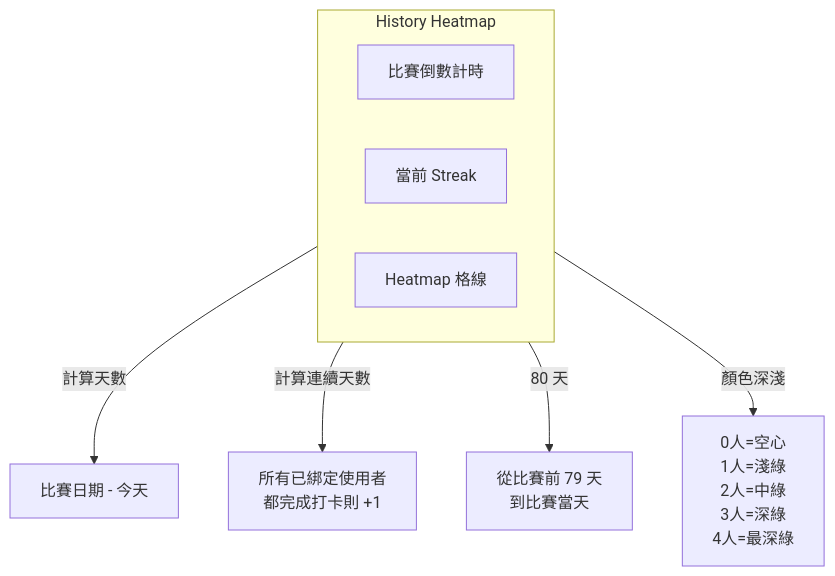
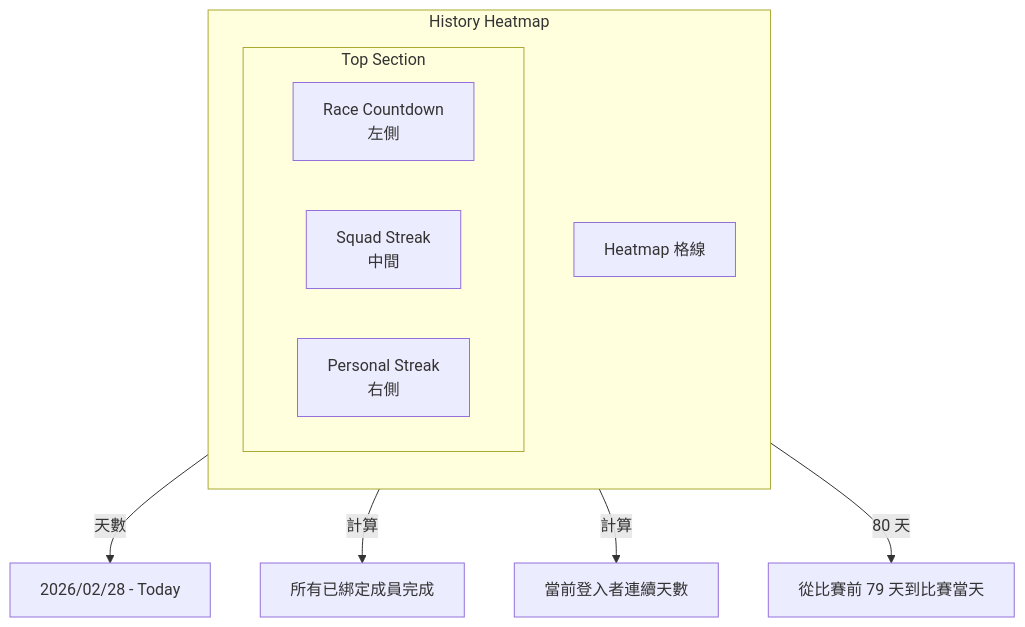
One commit to ddylanlinn/hyrox-squad-4 changed the sixth of 6 diagrams in docs/TECHNICAL_SPEC.md. Above: the diagram before and after it, drawn with Mermaid. The commit also changed other lines of this file and 9 other files, not shown here.

Commit message:
feat: enhance heatmap UI with personal streak and countdown tooltip, and add HEIC/HEIF image upload support.

````diff
--- a/docs/TECHNICAL_SPEC.md
+++ b/docs/TECHNICAL_SPEC.md
@@ -491,14 +491,18 @@
 ```mermaid
 flowchart TB
     subgraph HistoryHeatmap[History Heatmap]
-        direction LR
-        Countdown[比賽倒數計時]
-        Streak[當前 Streak]
+        direction TB
+        subgraph TopRow[Top Section]
+            direction LR
+            Countdown[Race Countdown<br/>左側]
+            SquadStreak[Squad Streak<br/>中間]
+            PersonalStreak[Personal Streak<br/>右側]
+        end
         Grid[Heatmap 格線]
     end
 
-    Countdown -->|計算天數| RaceDay[比賽日期 - 今天]
-    Streak -->|計算連續天數| StreakLogic[所有已綁定使用者<br/>都完成打卡則 +1]
-    Grid -->|80 天| DisplayDays[從比賽前 79 天<br/>到比賽當天]
-    Grid -->|顏色深淺| ColorMap[0人=空心<br/>1人=淺綠<br/>2人=中綠<br/>3人=深綠<br/>4人=最深綠]
+    Countdown -->|天數| RaceDay[2026/02/28 - Today]
+    SquadStreak -->|計算| SquadLogic[所有已綁定成員完成]
+    PersonalStreak -->|計算| PersonalLogic[當前登入者連續天數]
+    Grid -->|80 天| DisplayDays[從比賽前 79 天到比賽當天]
 ```
````
